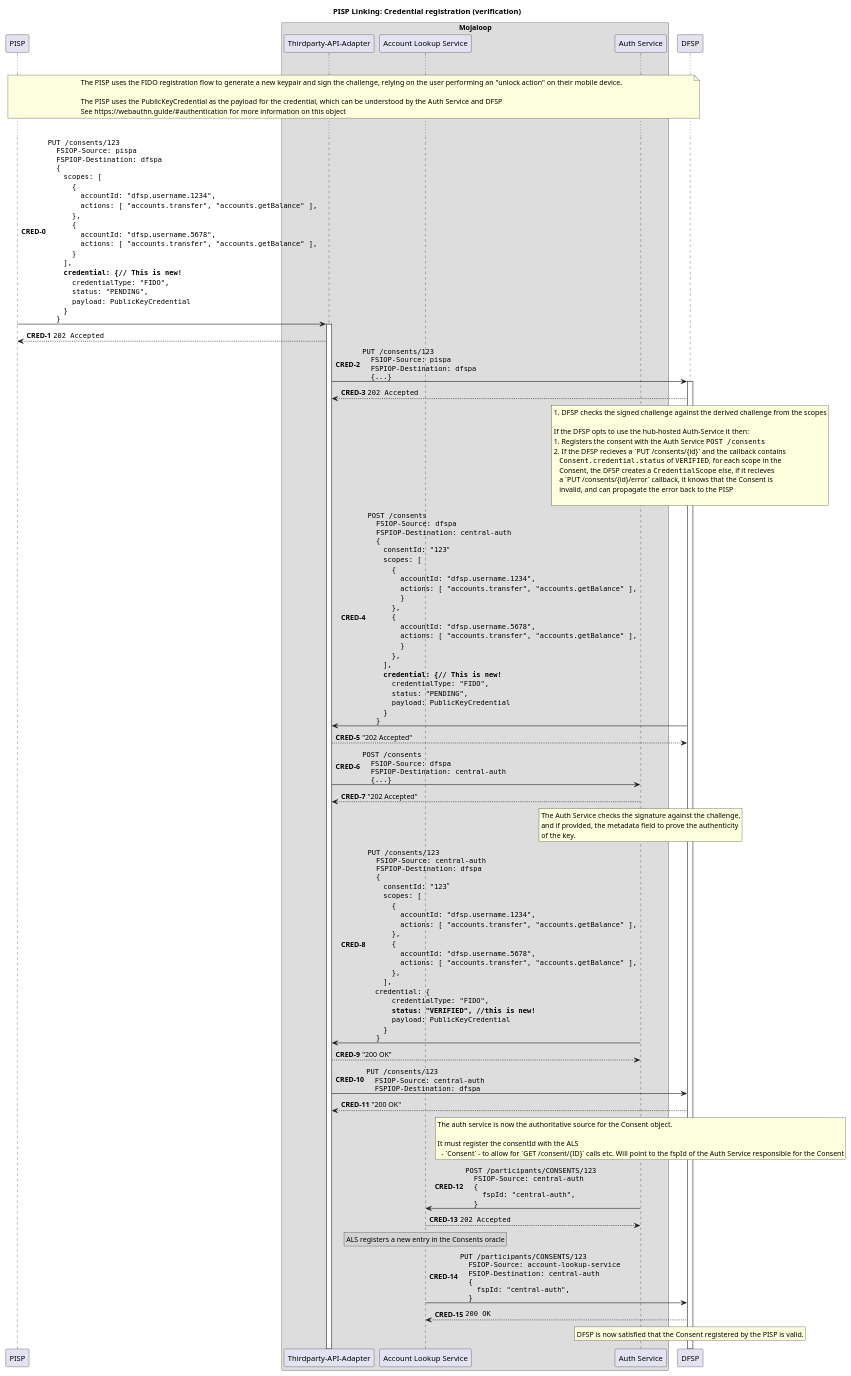
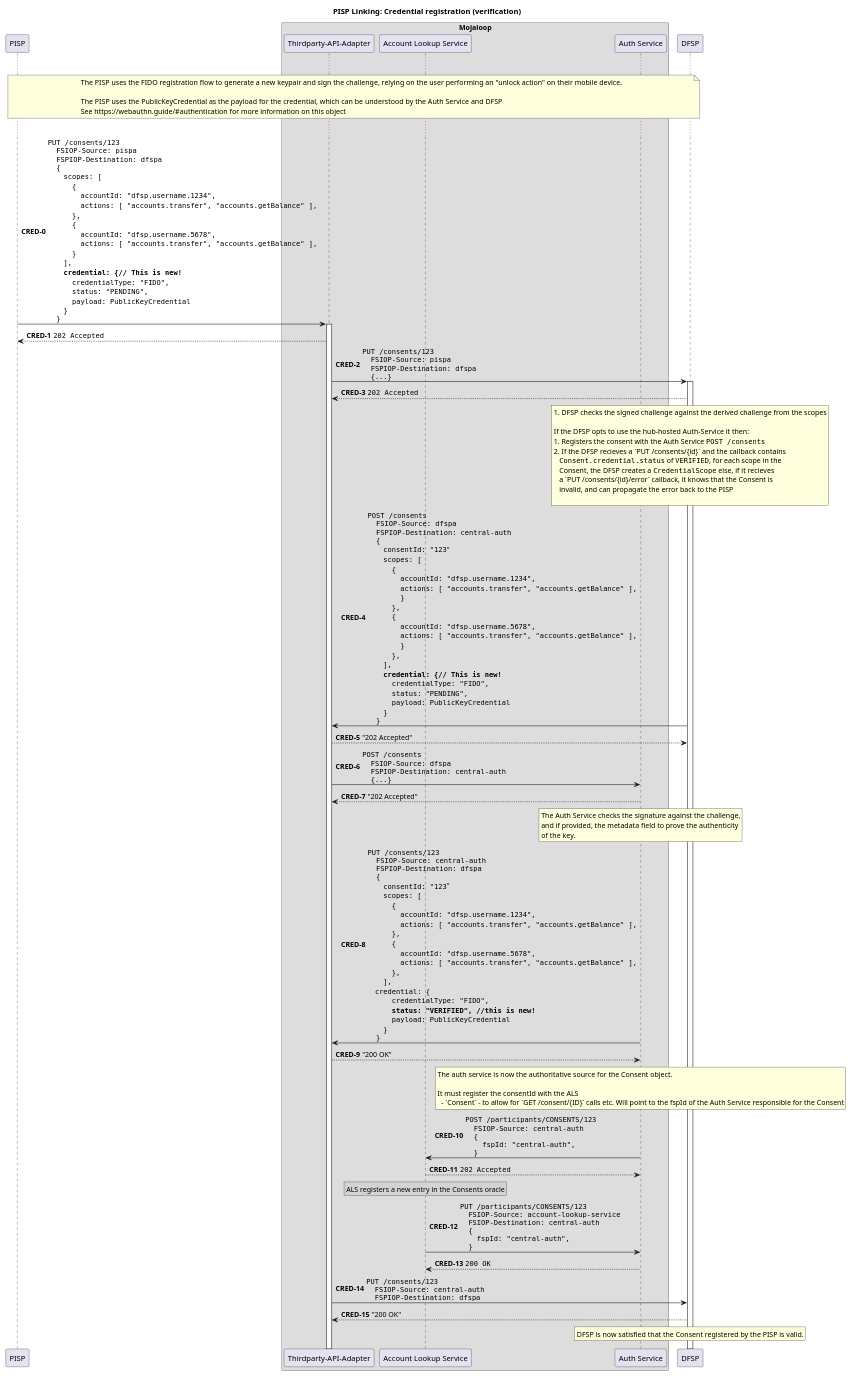
One commit to mojaloop/pisp-project changed the diagram in docs/linking/5a-credential-registration.puml. Above: the diagram before and after it, drawn with PlantUML. The commit also changed 1 other file, not shown here.

Commit message:
fix: incorrrect puml directions, change final `PUT/consents` call until after the participants have been registered with the ALS (#138)

```diff
--- a/docs/linking/5a-credential-registration.puml
+++ b/docs/linking/5a-credential-registration.puml
@@ -1,180 +1,179 @@
 @startuml
 
 !pragma teoz true
 
 title PISP Linking: Credential registration (verification)
 
 participant "PISP" as PISP
 
 box "Mojaloop"
     participant "Thirdparty-API-Adapter" as Switch
     participant "Account Lookup Service" as ALS
     participant "Auth Service" as Auth
 end box
 
 participant "DFSP" as DFSP
 
 autonumber 0 "<b>CRED-#</b>"
 
 ...
 
 note over PISP, DFSP
     The PISP uses the FIDO registration flow to generate a new keypair and sign the challenge, relying on the user performing an "unlock action" on their mobile device.
 
     The PISP uses the PublicKeyCredential as the payload for the credential, which can be understood  by the Auth Service and DFSP
     See https://webauthn.guide/#authentication for more information on this object
 end note
 
 ...
 
 PISP -> Switch ++: ""PUT /consents/123""\n\
 ""  FSIOP-Source: pispa""\n\
 ""  FSPIOP-Destination: dfspa""\n\
 ""  {""\n\
     ""  scopes: [""\n\
     ""    {""\n\
     ""      accountId: "dfsp.username.1234",""\n\
     ""      actions: [ "accounts.transfer", "accounts.getBalance" ],""\n\
     ""    },""\n\
     ""    {""\n\
     ""      accountId: "dfsp.username.5678",""\n\
     ""      actions: [ "accounts.transfer", "accounts.getBalance" ],""\n\
     ""    }""\n\
     ""  ],""\n\
     ""**  credential: {// This is new!**""\n\
     ""    credentialType: "FIDO",""\n\
     ""    status: "PENDING",""\n\
     ""    payload: PublicKeyCredential ""\n\
     ""  }""\n\
 ""  }""
 Switch --> PISP: ""202 Accepted""
 deactivate PISP
 
 
 Switch -> DFSP ++: ""PUT /consents/123""\n\
 ""  FSIOP-Source: pispa""\n\
 ""  FSPIOP-Destination: dfspa""\n\
 ""  {...}""
 
 DFSP --> Switch: ""202 Accepted""
 
 
 rnote over DFSP
   1. DFSP checks the signed challenge against the derived challenge from the scopes
 
   If the DFSP opts to use the hub-hosted Auth-Service it then:
   1. Registers the consent with the Auth Service ""POST /consents""
   2. If the DFSP recieves a  `PUT /consents/{id}` and the callback contains 
      ""Consent.credential.status"" of ""VERIFIED"", for each scope in the 
      Consent, the DFSP creates a ""CredentialScope"" else, if it recieves 
      a `PUT /consents/{id}/error` callback, it knows that the Consent is 
      invalid, and can propagate the error back to the PISP
 
 end note
 
 
 DFSP -> Switch: ""POST /consents"" \n\
 ""  FSIOP-Source: dfspa""\n\
 ""  FSPIOP-Destination: central-auth""\n\
 ""  {""\n\
     ""  consentId: "123"""\n\
     ""  scopes: [""\n\
     ""    {""\n\
     ""      accountId: "dfsp.username.1234",""\n\
     ""      actions: [ "accounts.transfer", "accounts.getBalance" ],""\n\
     ""      }""\n\
     ""    },""\n\
     ""    {""\n\
     ""      accountId: "dfsp.username.5678",""\n\
     ""      actions: [ "accounts.transfer", "accounts.getBalance" ],""\n\
     ""      }""\n\
     ""    },""\n\
     ""  ],""\n\
     ""**  credential: {// This is new!**""\n\
     ""    credentialType: "FIDO",""\n\
     ""    status: "PENDING",""\n\
     ""    payload: PublicKeyCredential ""\n\
     ""  }""\n\
 ""  }""
 
 Switch --> DFSP: "202 Accepted"
 
 
 Switch -> Auth: ""POST /consents"" \n\
 ""  FSIOP-Source: dfspa""\n\
 ""  FSPIOP-Destination: central-auth""\n\
 ""  {...}""
 
 Auth --> Switch: "202 Accepted"
 
 
 rnote over Auth
   The Auth Service checks the signature against the challenge,
   and if provided, the metadata field to prove the authenticity
   of the key.
 end note
 
 
 Auth -> Switch: ""PUT /consents/123"" \n\
 ""  FSIOP-Source: central-auth""\n\
 ""  FSPIOP-Destination: dfspa""\n\
 ""  {""\n\
     ""  consentId: "123"""\n\
     ""  scopes: [""\n\
     ""    {""\n\
     ""      accountId: "dfsp.username.1234",""\n\
     ""      actions: [ "accounts.transfer", "accounts.getBalance" ],""\n\
     ""    },""\n\
     ""    {""\n\
     ""      accountId: "dfsp.username.5678",""\n\
     ""      actions: [ "accounts.transfer", "accounts.getBalance" ],""\n\
     ""    },""\n\
     ""  ],""\n\
     ""credential: {""\n\
     ""    credentialType: "FIDO",""\n\
     ""    **status: "VERIFIED", //this is new!**""\n\
     ""    payload: PublicKeyCredential ""\n\
     ""  }""\n\
 ""  }""
 
 Switch --> Auth: "200 OK"
 
-Switch -> DFSP: ""PUT /consents/123"" \n\
-""  FSIOP-Source: central-auth""\n\
-""  FSPIOP-Destination: dfspa""
-
-DFSP --> Switch: "200 OK"
-
 rnote over Auth
   The auth service is now the authoritative source for the Consent object.
 
   It must register the consentId with the ALS
     - `Consent` - to allow for `GET /consent/{ID}` calls etc. Will point to the fspId of the Auth Service responsible for the Consent
 end note
 
 Auth -> ALS: ""POST /participants/CONSENTS/123"" \n\
 ""  FSIOP-Source: central-auth""\n\
 ""  {""\n\
 ""    fspId: "central-auth",""\n\
 ""  }""
 ALS --> Auth: ""202 Accepted""
 
 rnote over ALS #LightGray
   ALS registers a new entry in the Consents oracle
 end note
 
-ALS -> DFSP: ""PUT /participants/CONSENTS/123"" \n\
+ALS -> Auth: ""PUT /participants/CONSENTS/123"" \n\
 ""  FSIOP-Source: account-lookup-service""\n\
 ""  FSIOP-Destination: central-auth""\n\
 ""  {""\n\
 ""    fspId: "central-auth",""\n\
 ""  }""
-DFSP --> ALS: ""200 OK""
+Auth --> ALS: ""200 OK""
 
 
+Switch -> DFSP: ""PUT /consents/123"" \n\
+""  FSIOP-Source: central-auth""\n\
+""  FSPIOP-Destination: dfspa""
+
+DFSP --> Switch: "200 OK"
 
 rnote over DFSP
   DFSP is now satisfied that the Consent registered by the PISP is valid.
 end note
 
 @enduml
```
